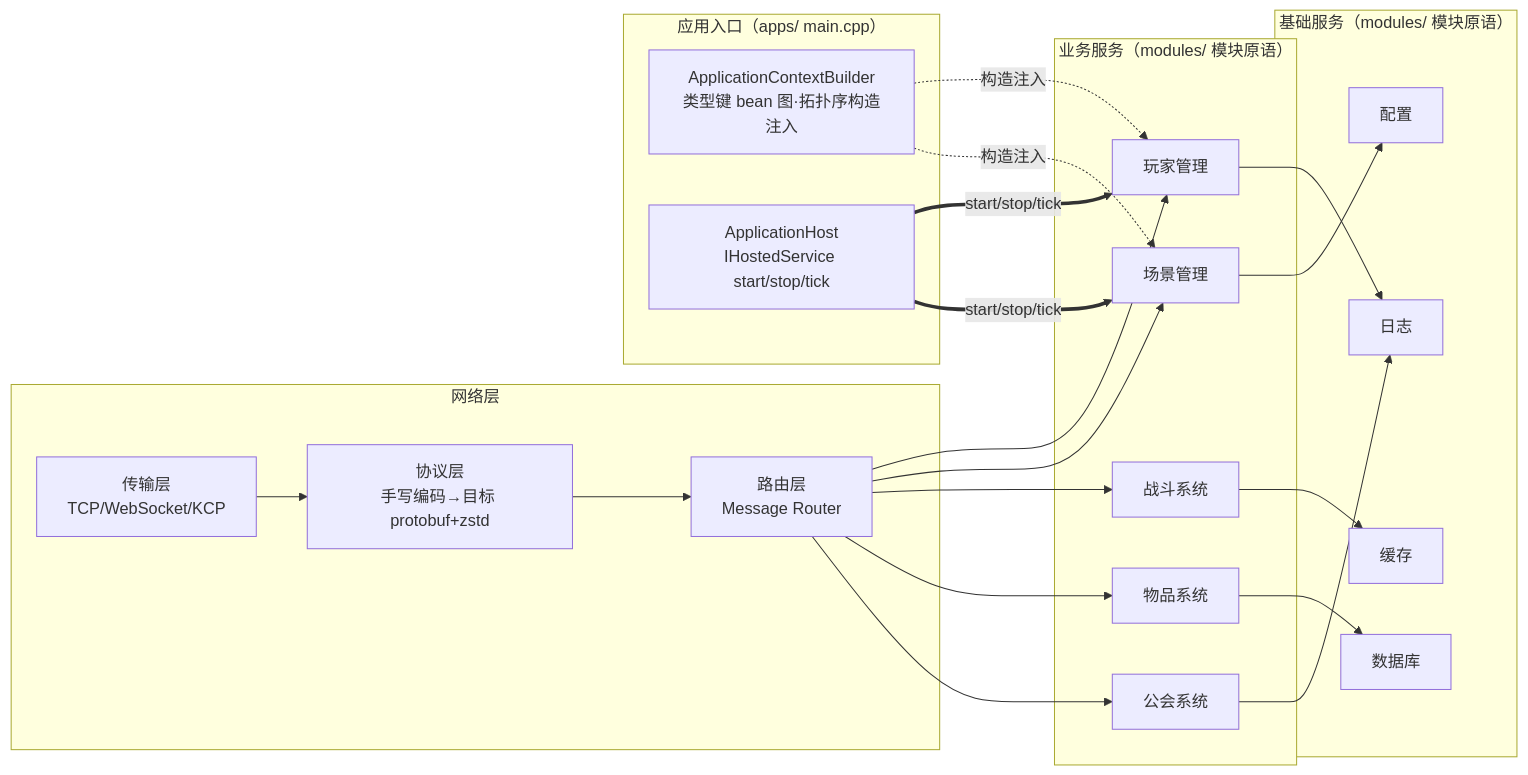
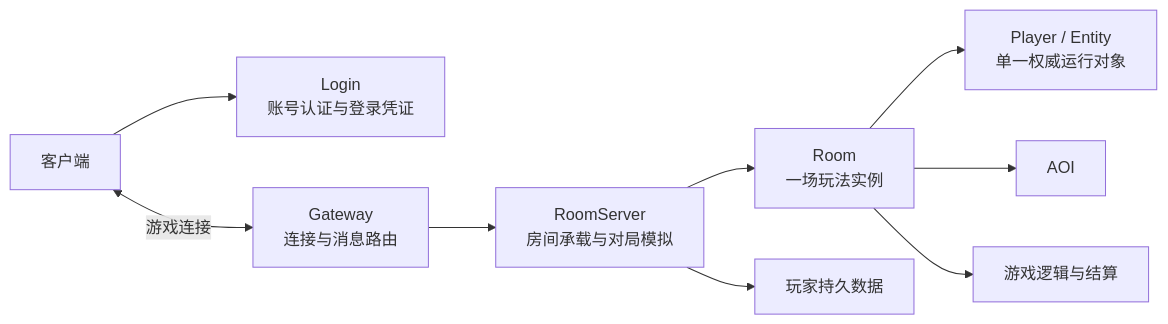
The diagram in docs/guide/architecture.md (cuihairu/apollo), drawn with Mermaid before and after one commit. The commit also changed other lines of this file and 44 other files, not shown here.

Commit message:
docs: align architecture with room-based server model

````diff
--- a/docs/guide/architecture.md
+++ b/docs/guide/architecture.md
@@ -92,47 +16,11 @@
 ```mermaid
-graph LR
-    subgraph "网络层"
-        T1[传输层<br/>TCP/WebSocket/KCP]
-        P1[协议层<br/>手写编码→目标 protobuf+zstd]
-        R1[路由层<br/>Message Router]
-    end
-
-    subgraph "业务服务（modules/ 模块原语）"
-        A1[玩家管理]
-        S1[场景管理]
-        B1[战斗系统]
-        I1[物品系统]
-        G1[公会系统]
-    end
-
-    subgraph "基础服务（modules/ 模块原语）"
-        LOG[日志]
-        CONF[配置]
-        CACHE[缓存]
-        DB[数据库]
-    end
-
-    subgraph "应用入口（apps/ main.cpp）"
-        ASM[ApplicationContextBuilder<br/>类型键 bean 图·拓扑序构造注入]
-        HOST[ApplicationHost<br/>IHostedService start/stop/tick]
-    end
-
-    T1 --> P1
-    P1 --> R1
-    R1 --> A1
-    R1 --> S1
-    R1 --> B1
-    R1 --> I1
-    R1 --> G1
-
-    A1 --> LOG
-    S1 --> CONF
-    B1 --> CACHE
-    I1 --> DB
-    G1 --> LOG
-
-    ASM -.构造注入.-> A1
-    ASM -.构造注入.-> S1
-    HOST ==start/stop/tick==> A1
-    HOST ==start/stop/tick==> S1
+flowchart LR
+    Client[客户端] --> Login[Login<br/>账号认证与登录凭证]
+    Client <-->|游戏连接| Gateway[Gateway<br/>连接与消息路由]
+    Gateway --> RoomServer[RoomServer<br/>房间承载与对局模拟]
+    RoomServer --> Room[Room<br/>一场玩法实例]
+    Room --> Player[Player / Entity<br/>单一权威运行对象]
+    Room --> AOI[AOI]
+    Room --> Battle[游戏逻辑与结算]
+    RoomServer --> Store[玩家持久数据]
 ```
````
